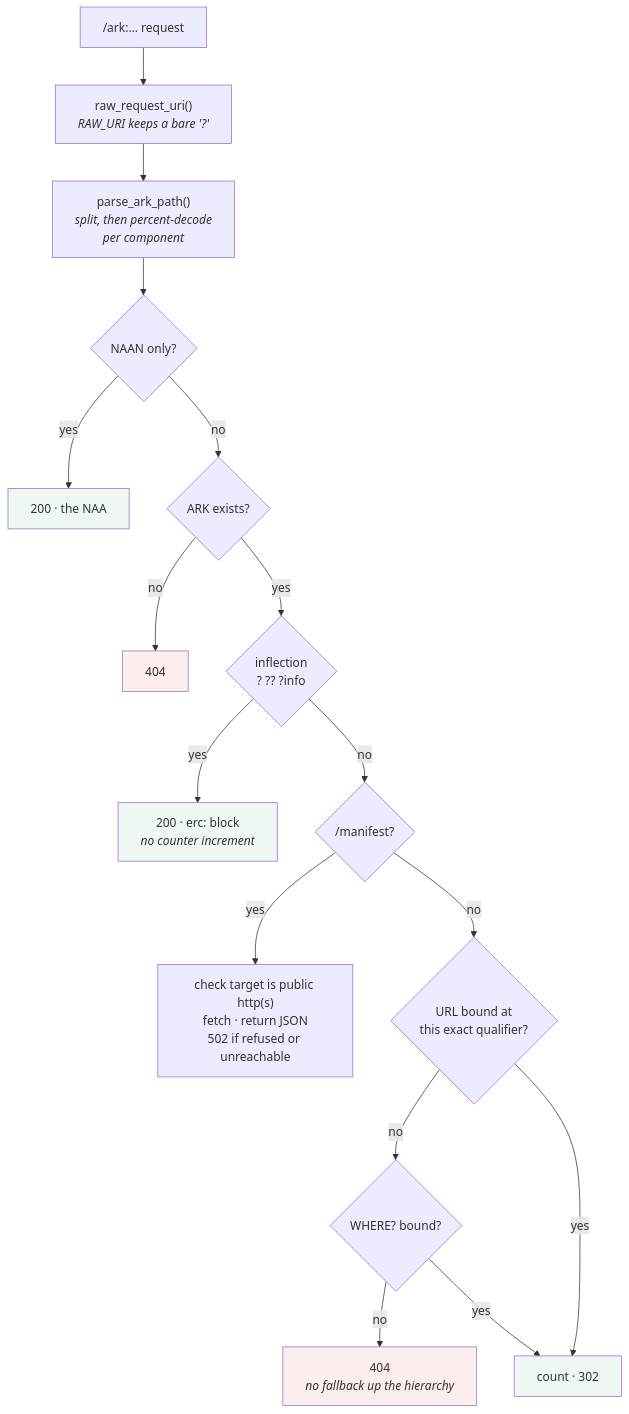
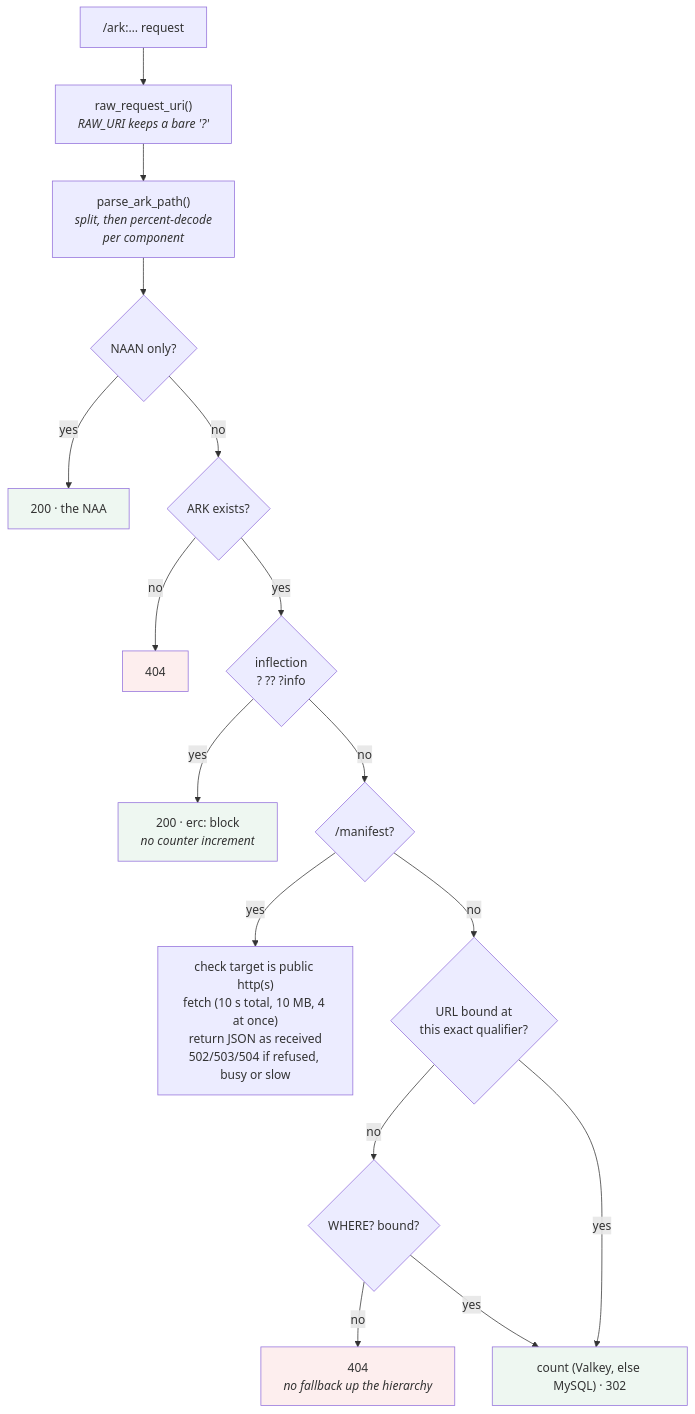
The seventh of 11 diagrams in README_EXTENDED.md (digitalutsc/arks-service), drawn with Mermaid before and after one commit. The commit also changed other lines of this file and 1 other file, not shown here.

````diff
--- a/README_EXTENDED.md
+++ b/README_EXTENDED.md
@@ -279,24 +282,24 @@
 ```mermaid
 flowchart TD
     A["/ark:… request"] --> B["raw_request_uri()<br/><i>RAW_URI keeps a bare '?'</i>"]
     B --> C["parse_ark_path()<br/><i>split, then percent-decode<br/>per component</i>"]
     C --> D{"NAAN only?"}
     D -->|yes| E["200 · the NAA"]
     D -->|no| F{"ARK exists?"}
     F -->|no| G["404"]
     F -->|yes| H{"inflection<br/>? ?? ?info"}
     H -->|yes| I["200 · erc: block<br/><i>no counter increment</i>"]
     H -->|no| J{"/manifest?"}
-    J -->|yes| K["check target is public http(s)<br/>fetch · return JSON<br/>502 if refused or unreachable"]
+    J -->|yes| K["check target is public http(s)<br/>fetch (10 s total, 10 MB, 4 at once)<br/>return JSON as received<br/>502/503/504 if refused, busy or slow"]
     J -->|no| L{"URL bound at<br/>this exact qualifier?"}
     L -->|no| M{"WHERE? bound?"}
     M -->|no| N["404<br/><i>no fallback up the hierarchy</i>"]
-    M -->|yes| O["count · 302"]
+    M -->|yes| O["count (Valkey, else MySQL) · 302"]
     L -->|yes| O
 
     style E fill:#eef7f1
     style I fill:#eef7f1
     style O fill:#eef7f1
     style G fill:#fdeeee
     style N fill:#fdeeee
 ```
````
